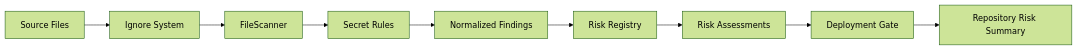
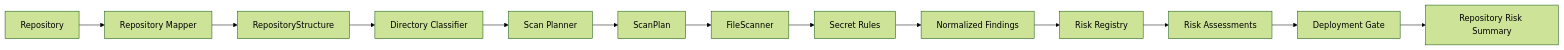
Before and after one commit to Isaac3084/devsecscan: the third of 3 diagrams in README.md, drawn with Mermaid (forest theme). The commit also changed other lines of this file and 36 other files, not shown here.

Commit message:
feat: implement Phase 6A Repository Intelligence Layer with Scan Planner

````diff
--- a/README.md
+++ b/README.md
@@ -81,11 +121,15 @@
 ```mermaid
 flowchart LR
-    SourceFiles["Source Files"] --> IgnoreSystem["Ignore System"]
-    IgnoreSystem --> FileScanner["FileScanner"]
+    SourceFiles["Repository"] --> Mapper["Repository Mapper"]
+    Mapper --> Structure["RepositoryStructure"]
+    Structure --> Classifier["Directory Classifier"]
+    Classifier --> Planner["Scan Planner"]
+    Planner --> ScanPlan["ScanPlan"]
+    ScanPlan --> FileScanner["FileScanner"]
     FileScanner --> SecretRules["Secret Rules"]
     SecretRules --> Findings["Normalized Findings"]
     Findings --> Registry["Risk Registry"]
     Registry --> Assessments["Risk Assessments"]
     Assessments --> Gate["Deployment Gate"]
     Gate --> Output["Repository Risk Summary"]
 ```
````
